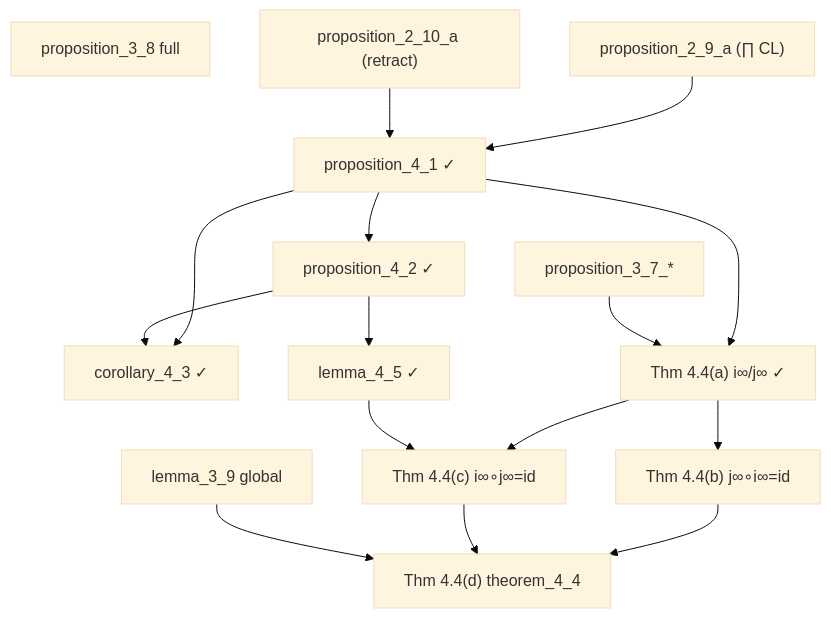
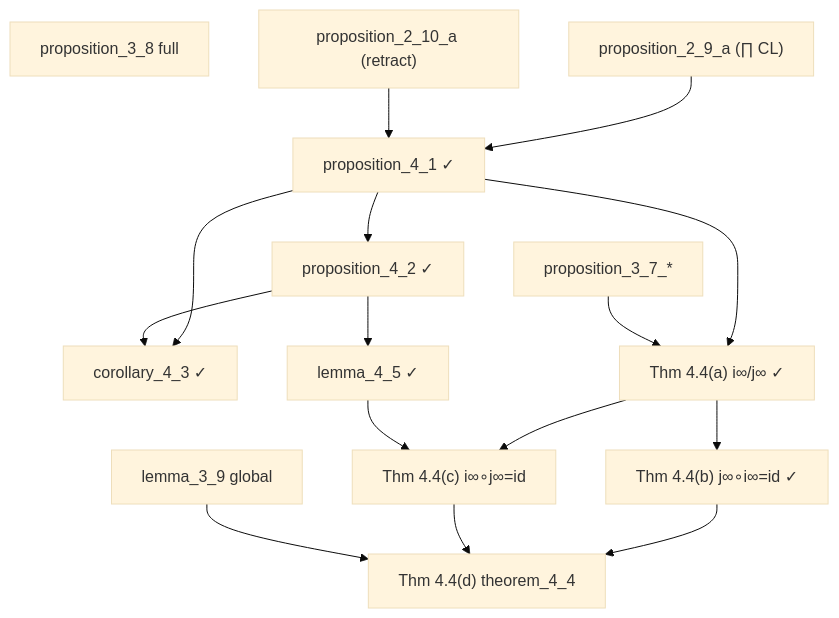
One commit to catskillsresearch/domain_theory changed the sixth of 8 diagrams in arxiv.md. Above: the diagram before and after it, drawn with Mermaid (base theme). The commit also changed other lines of this file and 4 other files, not shown here.

````diff
--- a/arxiv.md
+++ b/arxiv.md
@@ -393,31 +393,31 @@
 ```mermaid
 flowchart TD
   P38["proposition_3_8 full"]
   L39["lemma_3_9 global"]
   P37["proposition_3_7_*"]
   P29a["proposition_2_9_a (∏ CL)"]
   P210a["proposition_2_10_a (retract)"]
   P41["proposition_4_1 ✓"]
   P42["proposition_4_2 ✓"]
   C43["corollary_4_3 ✓"]
   L45["lemma_4_5 ✓"]
   T44a["Thm 4.4(a) i∞/j∞ ✓"]
-  T44b["Thm 4.4(b) j∞∘i∞=id"]
+  T44b["Thm 4.4(b) j∞∘i∞=id ✓"]
   T44c["Thm 4.4(c) i∞∘j∞=id"]
   T44d["Thm 4.4(d) theorem_4_4"]
 
   P29a --> P41
   P210a --> P41
   P41 --> P42
   P41 --> C43
   P42 --> C43
   P42 --> L45
   P41 --> T44a
   P37 --> T44a
   T44a --> T44b
   T44a --> T44c
   L45 --> T44c
   T44b --> T44d
   T44c --> T44d
   L39 --> T44d
 ```
````
